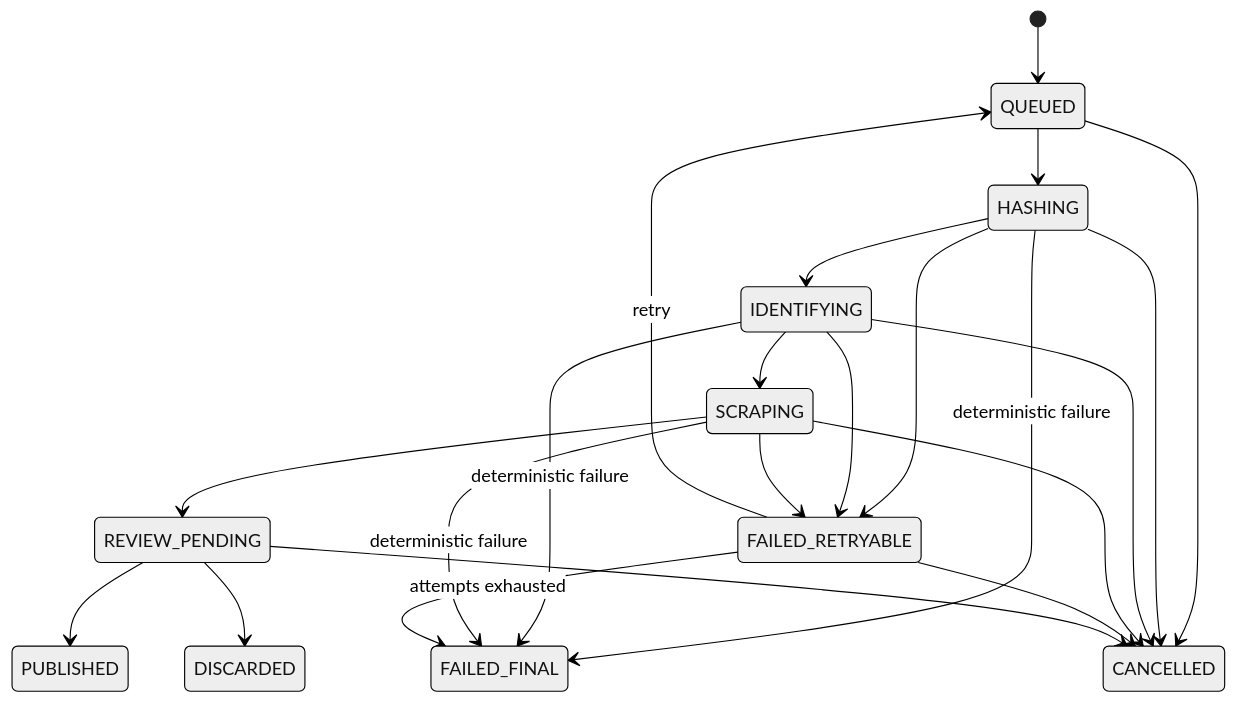
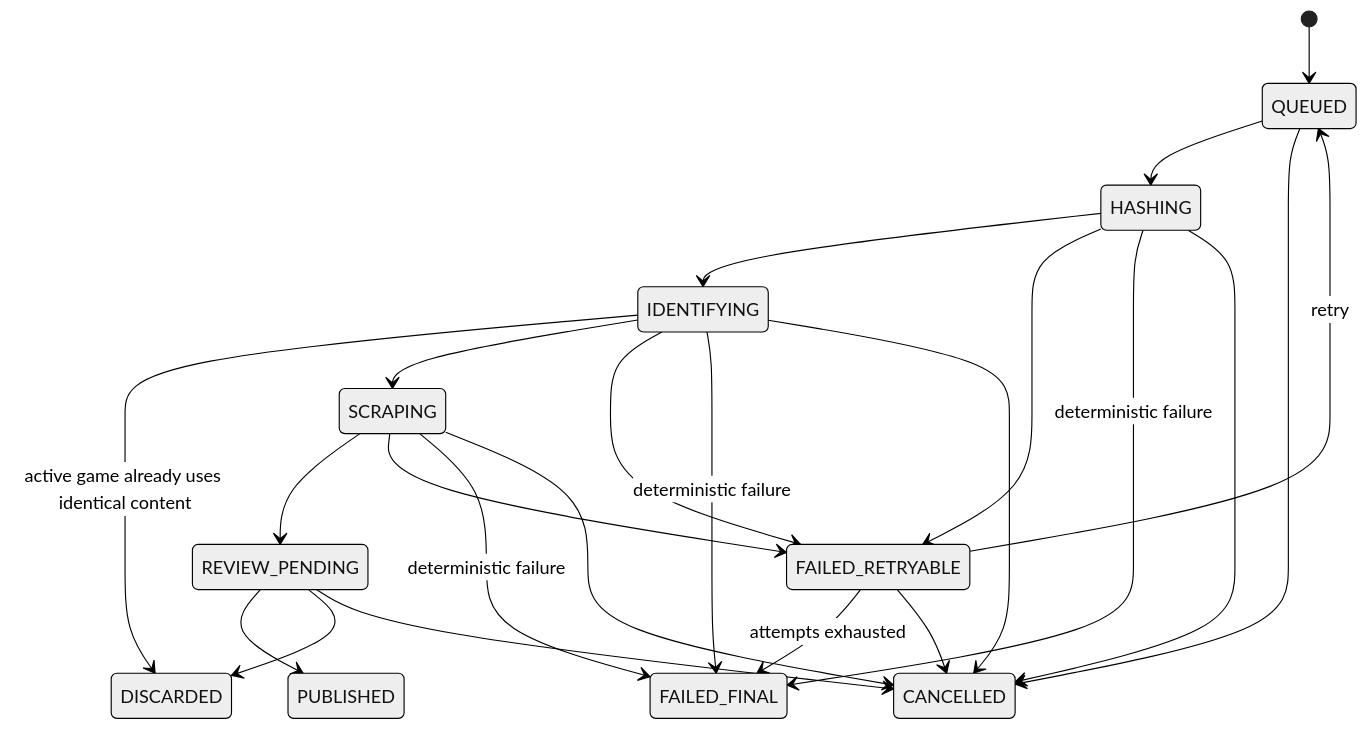
Before and after one commit to retrom-project/retrom: the diagram in docs/import-and-review.md, drawn with Mermaid (neutral theme). The commit also changed other lines of this file and 44 other files, not shown here.

```diff
--- a/docs/import-and-review.md
+++ b/docs/import-and-review.md
@@ -58,24 +58,25 @@
 ~~~mermaid
 stateDiagram-v2
     [*] --> QUEUED
     QUEUED --> HASHING
     HASHING --> IDENTIFYING
+    IDENTIFYING --> DISCARDED : active game already uses identical content
     IDENTIFYING --> SCRAPING
     SCRAPING --> REVIEW_PENDING
     REVIEW_PENDING --> PUBLISHED
     REVIEW_PENDING --> DISCARDED
     HASHING --> FAILED_RETRYABLE
     IDENTIFYING --> FAILED_RETRYABLE
     SCRAPING --> FAILED_RETRYABLE
     HASHING --> FAILED_FINAL : deterministic failure
     IDENTIFYING --> FAILED_FINAL : deterministic failure
     SCRAPING --> FAILED_FINAL : deterministic failure
     FAILED_RETRYABLE --> QUEUED : retry
     FAILED_RETRYABLE --> FAILED_FINAL : attempts exhausted
     QUEUED --> CANCELLED
     HASHING --> CANCELLED
     IDENTIFYING --> CANCELLED
     SCRAPING --> CANCELLED
     FAILED_RETRYABLE --> CANCELLED
     REVIEW_PENDING --> CANCELLED
 ~~~
```
